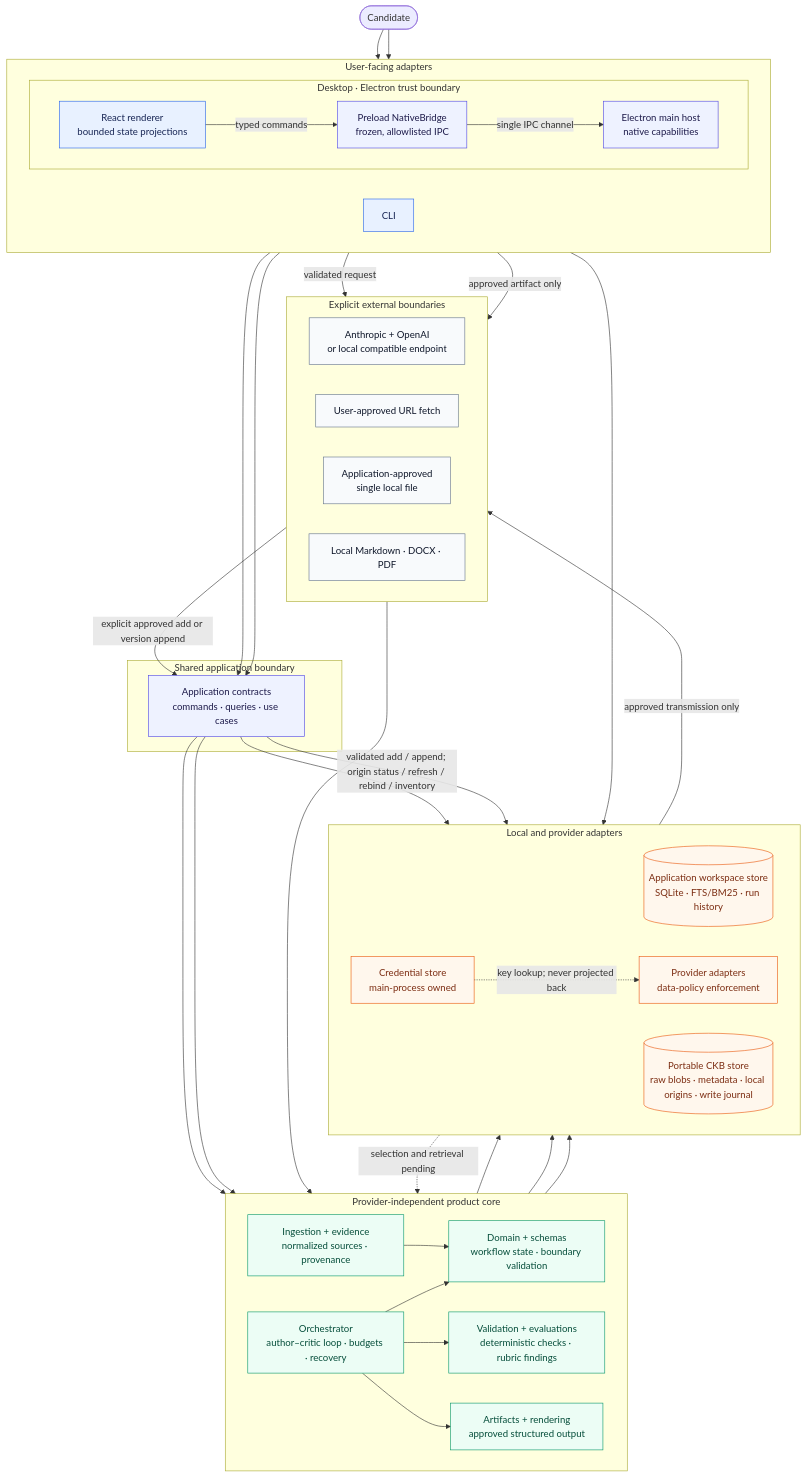
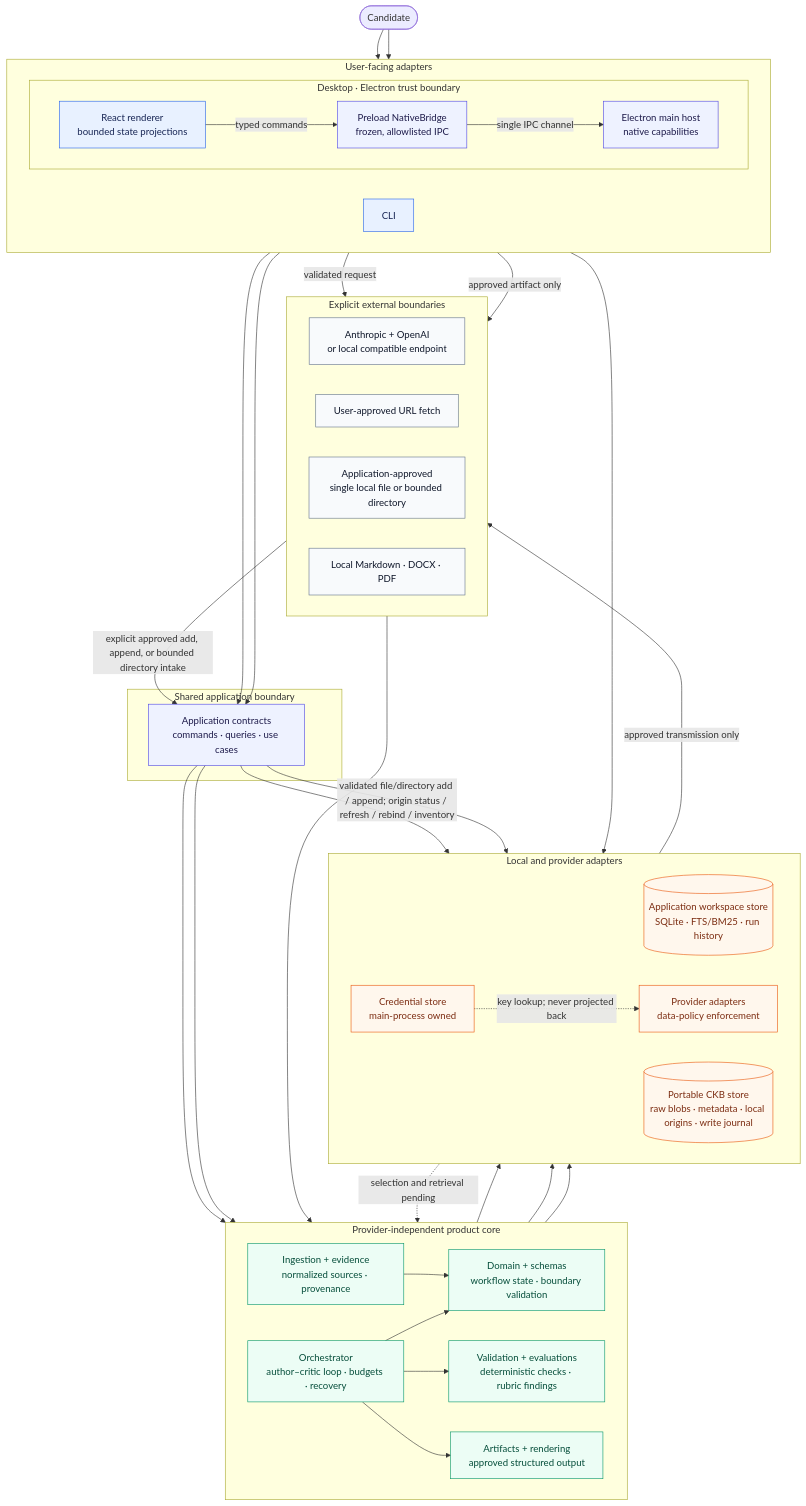
The diagram in docs/architecture.md (akoita/draft-loop), drawn with Mermaid before and after one commit. The commit also changed other lines of this file and 8 other files, not shown here.

````diff
--- a/docs/architecture.md
+++ b/docs/architecture.md
@@ -10,82 +10,82 @@
 ```mermaid
 flowchart TB
     User([Candidate])
 
     subgraph Adapters["User-facing adapters"]
         direction LR
         CLI["CLI"]
 
         subgraph Desktop["Desktop · Electron trust boundary"]
             direction LR
             Renderer["React renderer<br/>bounded state projections"]
             Bridge["Preload NativeBridge<br/>frozen, allowlisted IPC"]
             Host["Electron main host<br/>native capabilities"]
             Renderer -->|"typed commands"| Bridge
             Bridge -->|"single IPC channel"| Host
         end
     end
 
     subgraph Application["Shared application boundary"]
         App["Application contracts<br/>commands · queries · use cases"]
     end
 
     subgraph Core["Provider-independent product core"]
         direction LR
         Orchestrator["Orchestrator<br/>author–critic loop · budgets · recovery"]
         Domain["Domain + schemas<br/>workflow state · boundary validation"]
         Knowledge["Ingestion + evidence<br/>normalized sources · provenance"]
         Quality["Validation + evaluations<br/>deterministic checks · rubric findings"]
         Artifacts["Artifacts + rendering<br/>approved structured output"]
         Orchestrator --> Domain
         Knowledge --> Domain
         Orchestrator --> Quality
         Orchestrator --> Artifacts
     end
 
     subgraph Infrastructure["Local and provider adapters"]
         direction LR
         WorkspaceStore[("Application workspace store<br/>SQLite · FTS/BM25 · run history")]
         CKBStore[("Portable CKB store<br/>raw blobs · metadata · local origins · write journal")]
         Providers["Provider adapters<br/>data-policy enforcement"]
         Credentials["Credential store<br/>main-process owned"]
     end
 
     subgraph External["Explicit external boundaries"]
         direction LR
         Models["Anthropic + OpenAI<br/>or local compatible endpoint"]
         URL["User-approved URL fetch"]
-        LocalFile["Application-approved<br/>single local file"]
+        LocalFile["Application-approved<br/>single local file or bounded directory"]
         Export["Local Markdown · DOCX · PDF"]
     end
 
     User --> CLI
     User --> Renderer
     CLI --> App
     Host --> App
     App --> Orchestrator
     App --> Knowledge
     App --> WorkspaceStore
     Domain --> WorkspaceStore
     Knowledge --> WorkspaceStore
-    App -->|"validated add / append; origin status / refresh / rebind / inventory"| CKBStore
+    App -->|"validated file/directory add / append; origin status / refresh / rebind / inventory"| CKBStore
     CKBStore -.->|"selection and retrieval pending"| Knowledge
     Orchestrator --> Providers
     Host --> Credentials
     Credentials -.->|"key lookup; never projected back"| Providers
     Providers -->|"approved transmission only"| Models
     Host -->|"validated request"| URL
     URL --> Knowledge
-    LocalFile -->|"explicit approved add or version append"| App
+    LocalFile -->|"explicit approved add, append, or bounded directory intake"| App
     Host -->|"approved artifact only"| Export
 
     classDef ui fill:#e8f1ff,stroke:#2563eb,color:#172554;
     classDef boundary fill:#eef2ff,stroke:#4f46e5,color:#1e1b4b;
     classDef core fill:#ecfdf5,stroke:#059669,color:#064e3b;
     classDef infra fill:#fff7ed,stroke:#ea580c,color:#7c2d12;
     classDef external fill:#f8fafc,stroke:#64748b,color:#0f172a;
     class CLI,Renderer ui;
     class Bridge,Host,App boundary;
     class Orchestrator,Domain,Knowledge,Quality,Artifacts core;
     class WorkspaceStore,CKBStore,Providers,Credentials infra;
     class Models,URL,LocalFile,Export external;
 ```
````
